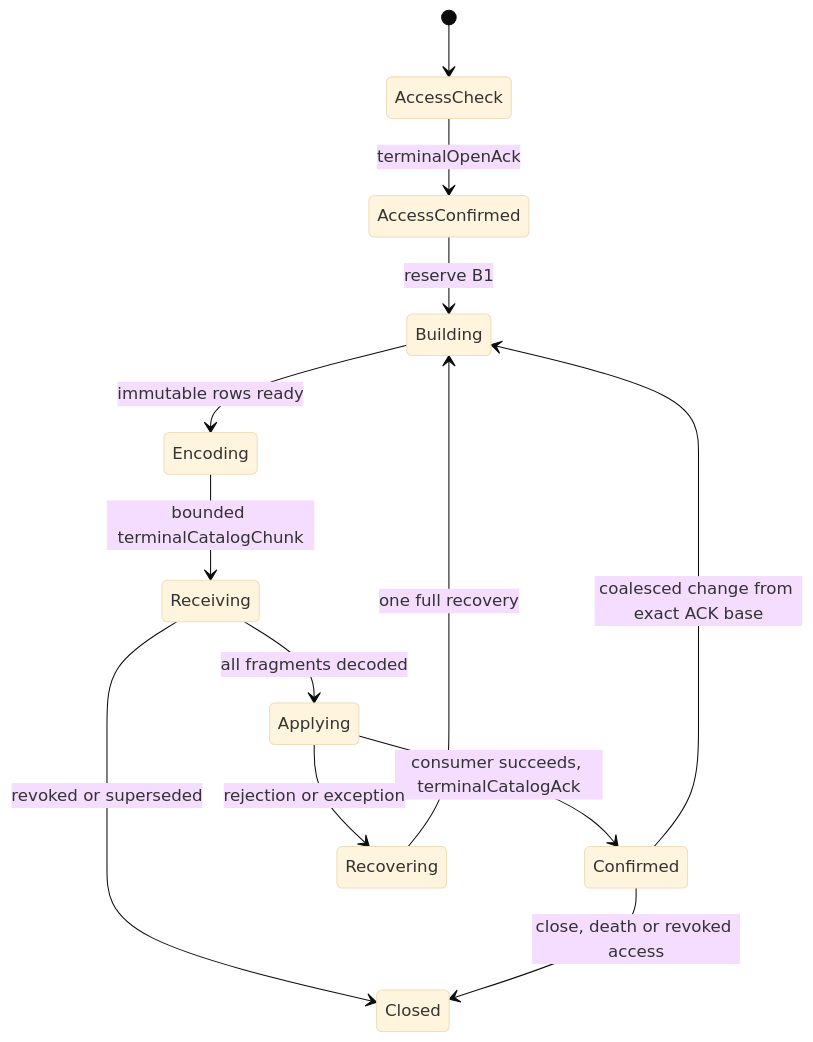
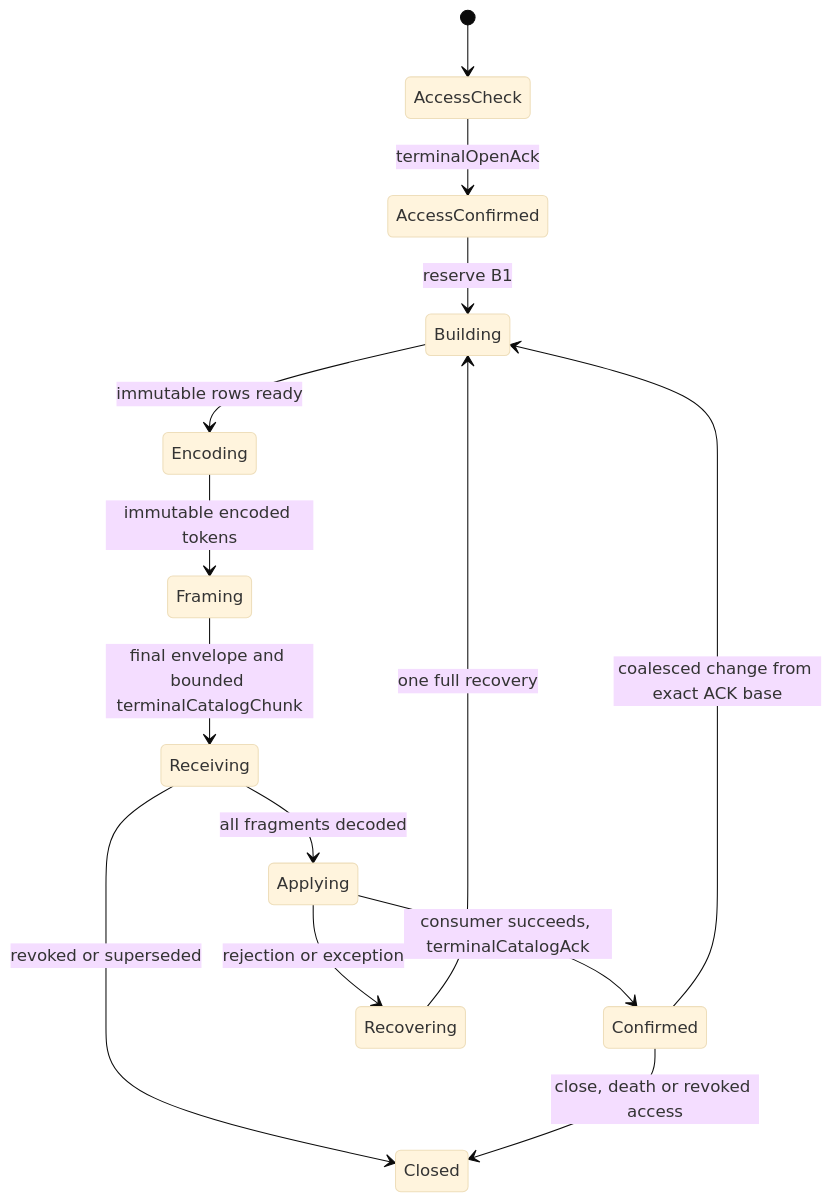
The diagram in docs/CATALOG_TRANSPORT.md (Kavalieri/GlobalStorageSiK), drawn with Mermaid (base theme) before and after one commit. The commit also changed other lines of this file and 6 other files, not shown here.

First line of the commit message:
Core 1.5.4-dev1.3: frame catalogs against final wire envelope

```diff
--- a/docs/CATALOG_TRANSPORT.md
+++ b/docs/CATALOG_TRANSPORT.md
@@ -11,15 +11,16 @@
 ~~~mermaid
 stateDiagram-v2
     [*] --> AccessCheck
     AccessCheck --> AccessConfirmed: terminalOpenAck
     AccessConfirmed --> Building: reserve B1
     Building --> Encoding: immutable rows ready
-    Encoding --> Receiving: bounded terminalCatalogChunk
+    Encoding --> Framing: immutable encoded tokens
+    Framing --> Receiving: final envelope and bounded terminalCatalogChunk
     Receiving --> Applying: all fragments decoded
     Applying --> Confirmed: consumer succeeds, terminalCatalogAck
     Confirmed --> Building: coalesced change from exact ACK base
     Applying --> Recovering: rejection or exception
     Recovering --> Building: one full recovery
     Receiving --> Closed: revoked or superseded
     Confirmed --> Closed: close, death or revoked access
 ~~~
```
